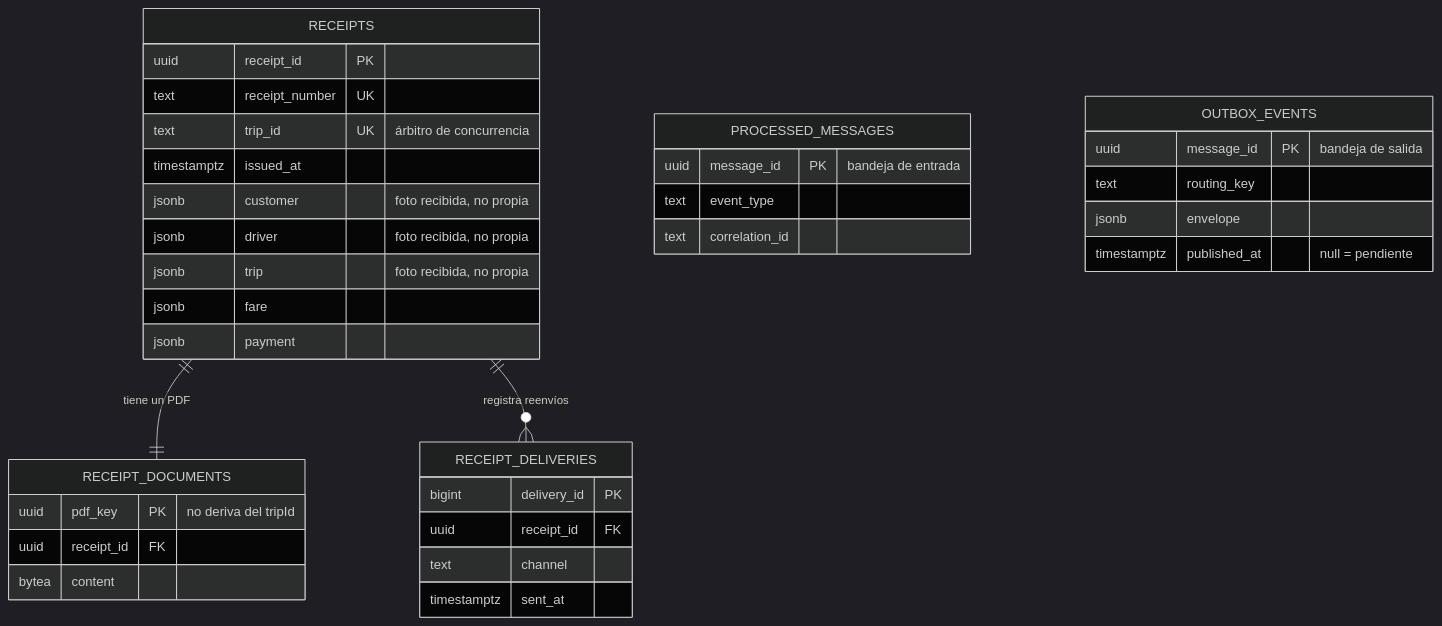
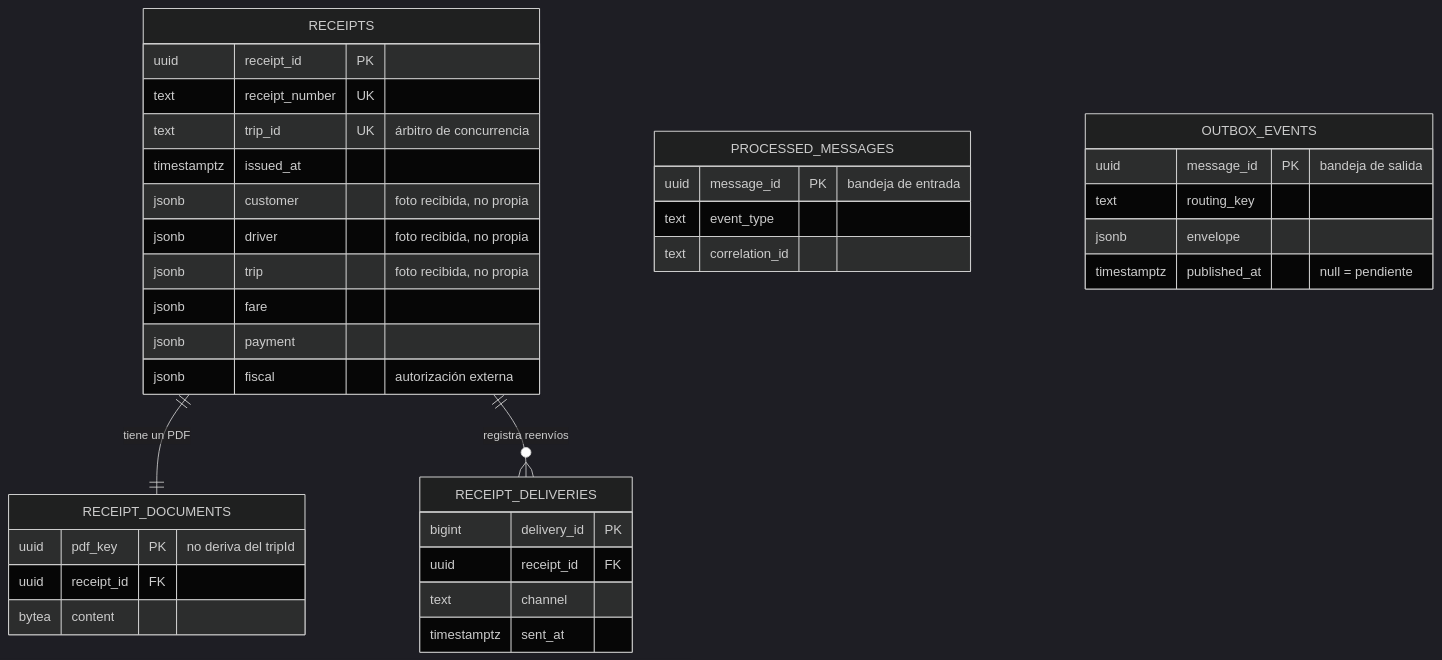
The second of 4 diagrams in modulo-8/services/receipts/docs/arquitectura/arquitectura-ae2.md (cuencadelplata/p3-ae1-2026), drawn with Mermaid (dark theme) before and after one commit. The commit also changed other lines of this file and 41 other files, not shown here.

````diff
--- a/modulo-8/services/receipts/docs/arquitectura/arquitectura-ae2.md
+++ b/modulo-8/services/receipts/docs/arquitectura/arquitectura-ae2.md
@@ -70,38 +76,39 @@
 ```mermaid
 erDiagram
     RECEIPTS ||--|| RECEIPT_DOCUMENTS : "tiene un PDF"
     RECEIPTS ||--o{ RECEIPT_DELIVERIES : "registra reenvíos"
     RECEIPTS {
         uuid receipt_id PK
         text receipt_number UK
         text trip_id UK "árbitro de concurrencia"
         timestamptz issued_at
         jsonb customer "foto recibida, no propia"
         jsonb driver "foto recibida, no propia"
         jsonb trip "foto recibida, no propia"
         jsonb fare
         jsonb payment
+        jsonb fiscal "autorización externa"
     }
     RECEIPT_DOCUMENTS {
         uuid pdf_key PK "no deriva del tripId"
         uuid receipt_id FK
         bytea content
     }
     RECEIPT_DELIVERIES {
         bigint delivery_id PK
         uuid receipt_id FK
         text channel
         timestamptz sent_at
     }
     PROCESSED_MESSAGES {
         uuid message_id PK "bandeja de entrada"
         text event_type
         text correlation_id
     }
     OUTBOX_EVENTS {
         uuid message_id PK "bandeja de salida"
         text routing_key
         jsonb envelope
         timestamptz published_at "null = pendiente"
     }
 ```
````
